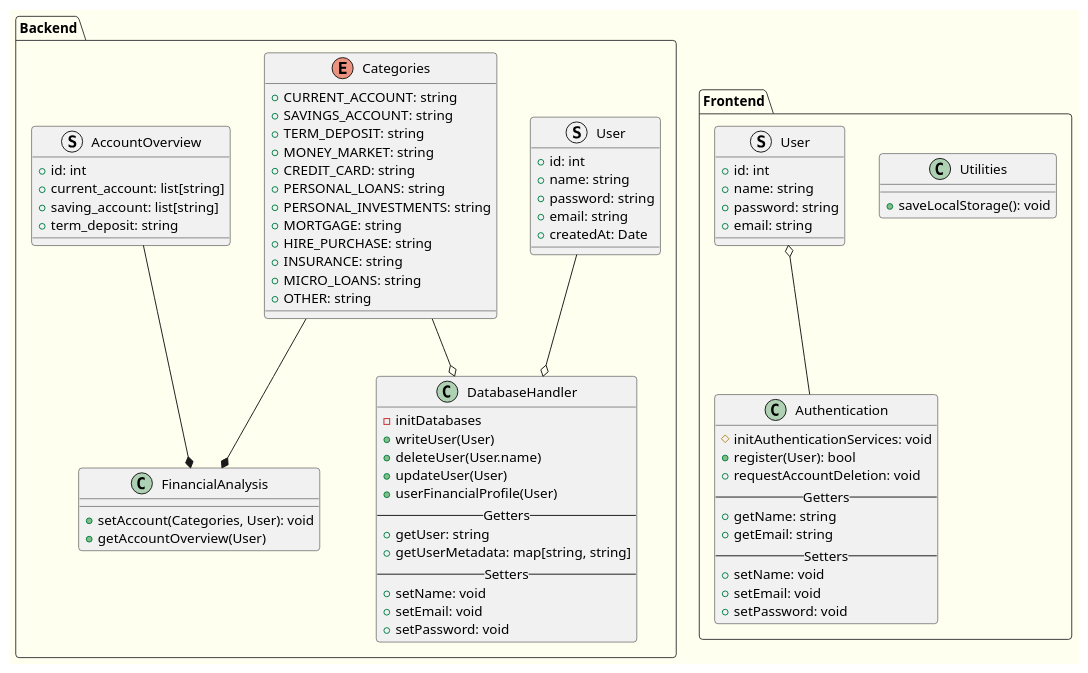
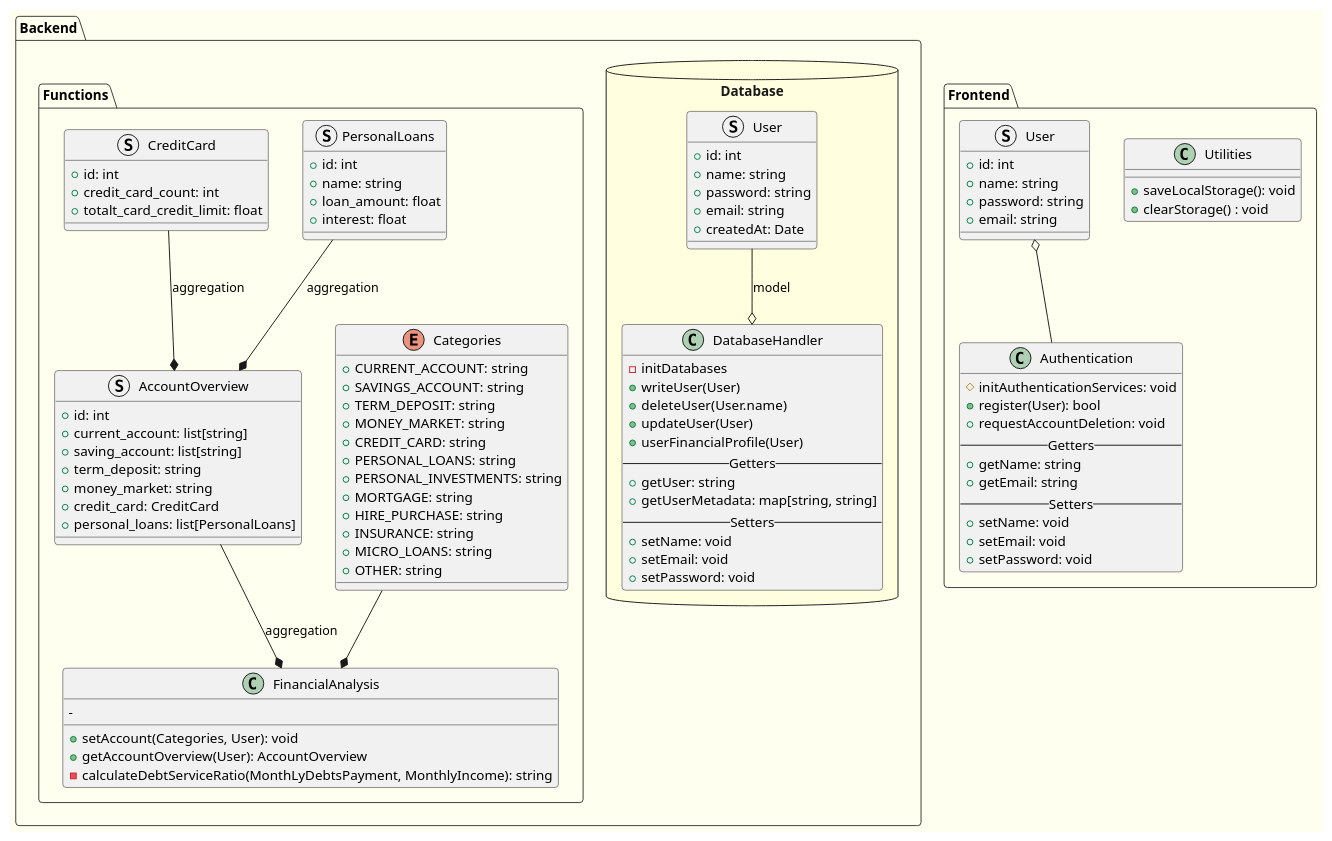
Before and after one commit to ctkqiang/PayNetHackathon: the diagram in PayNetHackathonArchitecture/LOGIC_COMPONENTS.puml, drawn with PlantUML. The commit also changed 2 other files, not shown here.

Commit message:
feat: Update README with project overview, structure, and diagrams
- Added project overview and key features of Paynet PFM.
- Updated project structure section to include backend, frontend, and documentation details.
- Provided links to backend and frontend setup guides for easy access.
- Added diagrams section with references to the App Flow and Logic Components diagrams.
- Included team information and contributing guidelines.

refer issue #4

```diff
--- a/PayNetHackathonArchitecture/LOGIC_COMPONENTS.puml
+++ b/PayNetHackathonArchitecture/LOGIC_COMPONENTS.puml
@@ -1,95 +1,133 @@
 @startuml Logic Components
 
 !theme mars
 
 skinparam handwritten false
 skinparam shadowing false
 skinparam backgroundColor #FFFFF0
 
 package Backend {
-    class DatabaseHandler {
-        - initDatabases
-        + writeUser(User)
-        + deleteUser(User.name)
-        + updateUser(User)
-        + userFinancialProfile(User)
-        --Getters--
-        + getUser: string
-        + getUserMetadata: map[string, string]
-        --Setters--
-        + setName: void
-        + setEmail: void
-        + setPassword: void
+    package Database <<Database>> #LightYellow {
+        class DatabaseHandler {
+            - initDatabases
+            + writeUser(User)
+            + deleteUser(User.name)
+            + updateUser(User)
+            + userFinancialProfile(User)
+            --Getters--
+            + getUser: string
+            + getUserMetadata: map[string, string]
+            --Setters--
+            + setName: void
+            + setEmail: void
+            + setPassword: void
+        }
+
+        struct User {
+            + id: int
+            + name: string
+            + password: string
+            + email: string
+            + createdAt: Date
+        }
     }
 
-    struct User {
-        + id: int
-        + name: string
-        + password: string
-        + email: string
-        + createdAt: Date
+    package Functions {
+        enum Categories {
+            + CURRENT_ACCOUNT: string
+            + SAVINGS_ACCOUNT: string
+            + TERM_DEPOSIT: string
+            + MONEY_MARKET: string
+            + CREDIT_CARD: string
+            + PERSONAL_LOANS: string
+            + PERSONAL_INVESTMENTS: string
+            + MORTGAGE: string
+            + HIRE_PURCHASE: string
+            + INSURANCE: string
+            + MICRO_LOANS: string
+            + OTHER: string
+        }
+
+        struct AccountOverview {
+            + id: int
+            + current_account: list[string]
+            + saving_account: list[string]
+            + term_deposit: string
+            + money_market: string
+            + credit_card: CreditCard
+            + personal_loans: list[PersonalLoans]
+        }
+
+        struct PersonalLoans {
+            + id: int
+            + name: string
+            + loan_amount: float
+            + interest: float
+        }
+
+        struct CreditCard {
+            + id: int
+            + credit_card_count: int
+            + totalt_card_credit_limit: float
+        }
+
+        class FinancialAnalysis {
+            + setAccount(Categories, User): void
+            + getAccountOverview(User): AccountOverview
+            - calculateDebtServiceRatio(MonthLyDebtsPayment, MonthlyIncome): string 
+            - 
+        }
     }
 
-    enum Categories {
-        + CURRENT_ACCOUNT: string
-        + SAVINGS_ACCOUNT: string
-        + TERM_DEPOSIT: string
-        + MONEY_MARKET: string
-        + CREDIT_CARD: string
-        + PERSONAL_LOANS: string
-        + PERSONAL_INVESTMENTS: string
-        + MORTGAGE: string
-        + HIRE_PURCHASE: string
-        + INSURANCE: string
-        + MICRO_LOANS: string
-        + OTHER: string
-    }
+    ' note bottom of calculateDebtServiceRatio
+    '     Debt Service Ratio (DSR):
+    '     This method calculates the Debt Service Ratio based on monthly debt payments and income.
+    '     It returns a string representing the DSR value.
 
-    struct AccountOverview {
-        + id: int
-        + current_account: list[string]
-        + saving_account: list[string]
-        + term_deposit: string
+    '     Summary of DSR Interpretations:
+    '     - <&lt; 30% &gt;: Healthy, low risk, strong financial position (Good)
+    '     - <&lt; 30% - 40% &gt;: Manageable, generally acceptable (Neutral/Acceptable)
+    '     - <&lt; > 40% &gt;: Higher debt load, increased financial strain (Risky/Bad)
+    '     - <&lt; > 50% &gt;: Financially overburdened, high risk (Very Bad)
+    ' end note
 
-    }
+    User --o DatabaseHandler :model
+    Categories --* FinancialAnalysis
 
-    class FinancialAnalysis {
-        + setAccount(Categories, User): void
-        + getAccountOverview(User) 
-    }
+    AccountOverview --* FinancialAnalysis :aggregation
+    CreditCard --* AccountOverview :aggregation
+    PersonalLoans --* AccountOverview :aggregation
 
-    User --o DatabaseHandler
-    Categories --* FinancialAnalysis
-    Categories --o DatabaseHandler
-    AccountOverview --* FinancialAnalysis
+    ' Functions --o Database: Align
 }
 
 package Frontend {
     class Authentication {
         # initAuthenticationServices: void
         + register(User): bool
         + requestAccountDeletion: void
         --Getters--
         + getName: string
         + getEmail: string
         --Setters--
         + setName: void
         + setEmail: void
         + setPassword: void
     }
 
     class Utilities {
         + saveLocalStorage(): void
+        + clearStorage() : void
     }
 
     struct User {
         + id: int
         + name: string
         + password: string 
         + email: string
     }
 
     User o-- Authentication
 }
 
 @enduml
```
